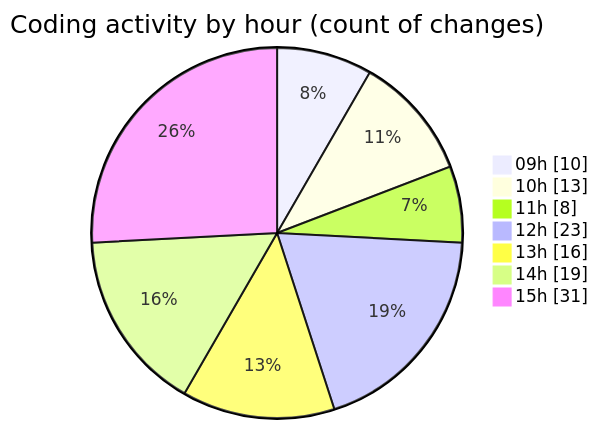
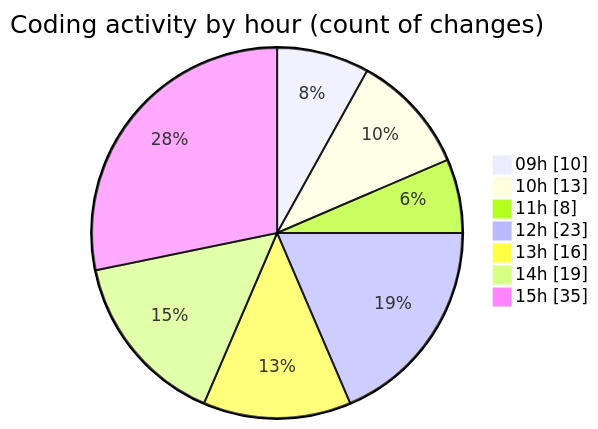
Before and after one commit to momahboobian/code-tracking: the second of 2 diagrams in 2025-03-07/cda/README.md, drawn with Mermaid. The commit also changed other lines of this file and 1 other file, not shown here.

````diff
--- a/2025-03-07/cda/README.md
+++ b/2025-03-07/cda/README.md
@@ -49,11 +52,11 @@
 ```mermaid
 pie showData
 title Coding activity by hour (count of changes)
 "09h" : 10
 "10h" : 13
 "11h" : 8
 "12h" : 23
 "13h" : 16
 "14h" : 19
-"15h" : 31
+"15h" : 35
 ```
````
